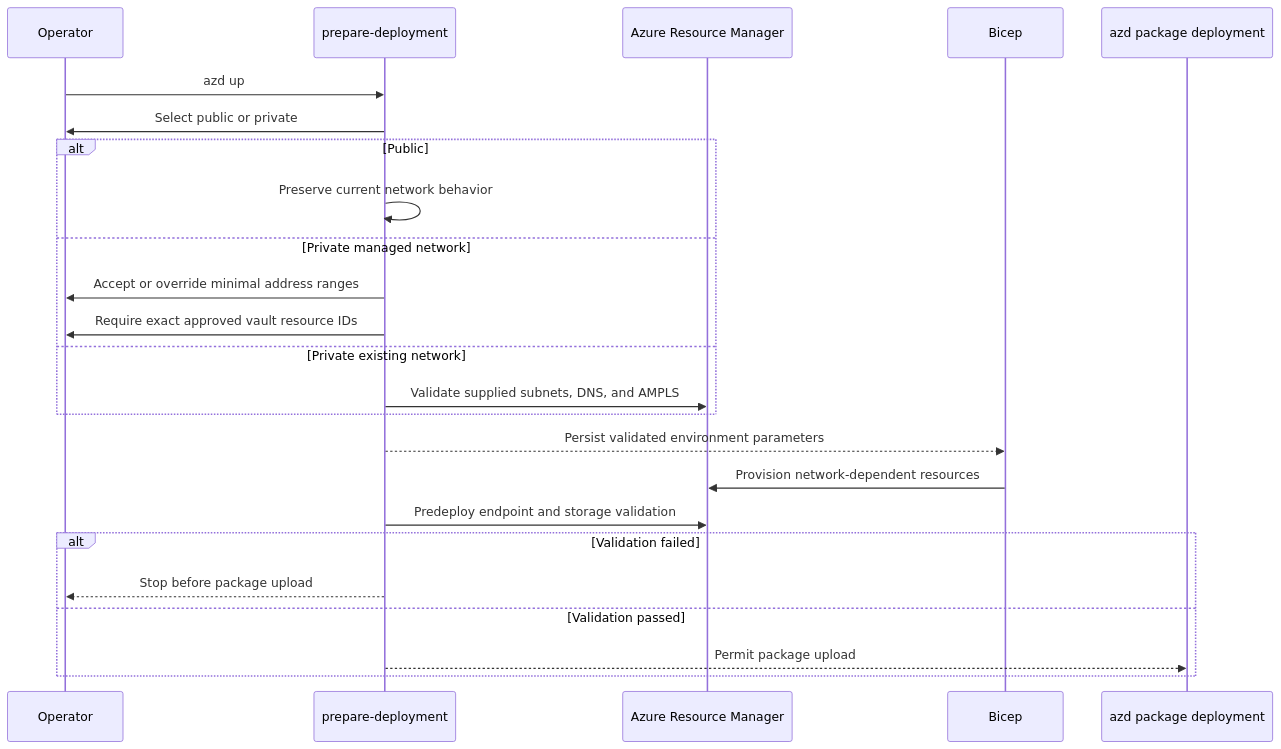
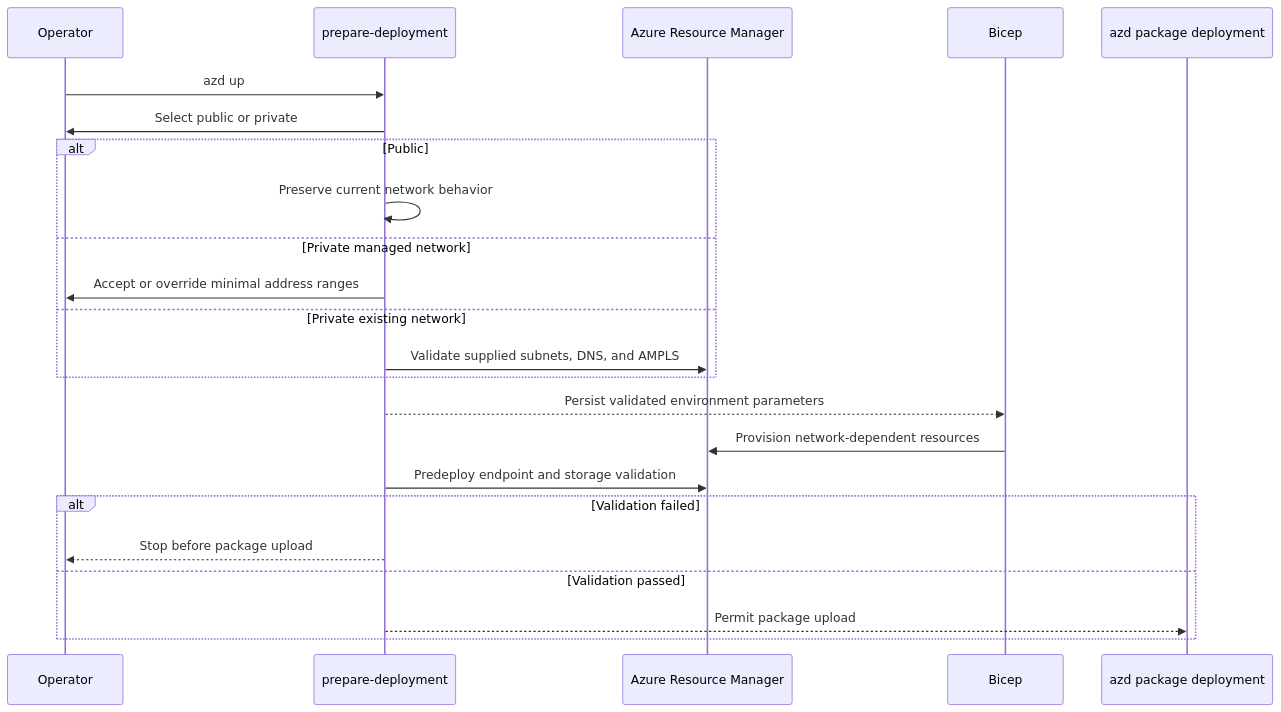
Before and after one commit to amgdy/keyvault-sync: the fourth of 4 diagrams in doc/networking.md, drawn with Mermaid. The commit also changed other lines of this file and 11 other files, not shown here.

````diff
--- a/doc/networking.md
+++ b/doc/networking.md
@@ -319,27 +317,26 @@
 ```mermaid
 sequenceDiagram
     participant Operator
     participant Prepare as prepare-deployment
     participant ARM as Azure Resource Manager
     participant Bicep
     participant Deploy as azd package deployment
 
     Operator->>Prepare: azd up
     Prepare->>Operator: Select public or private
     alt Public
         Prepare->>Prepare: Preserve current network behavior
     else Private managed network
         Prepare->>Operator: Accept or override minimal address ranges
-        Prepare->>Operator: Require exact approved vault resource IDs
     else Private existing network
         Prepare->>ARM: Validate supplied subnets, DNS, and AMPLS
     end
     Prepare-->>Bicep: Persist validated environment parameters
     Bicep->>ARM: Provision network-dependent resources
     Prepare->>ARM: Predeploy endpoint and storage validation
     alt Validation failed
         Prepare-->>Operator: Stop before package upload
     else Validation passed
         Prepare-->>Deploy: Permit package upload
     end
 ```
````
